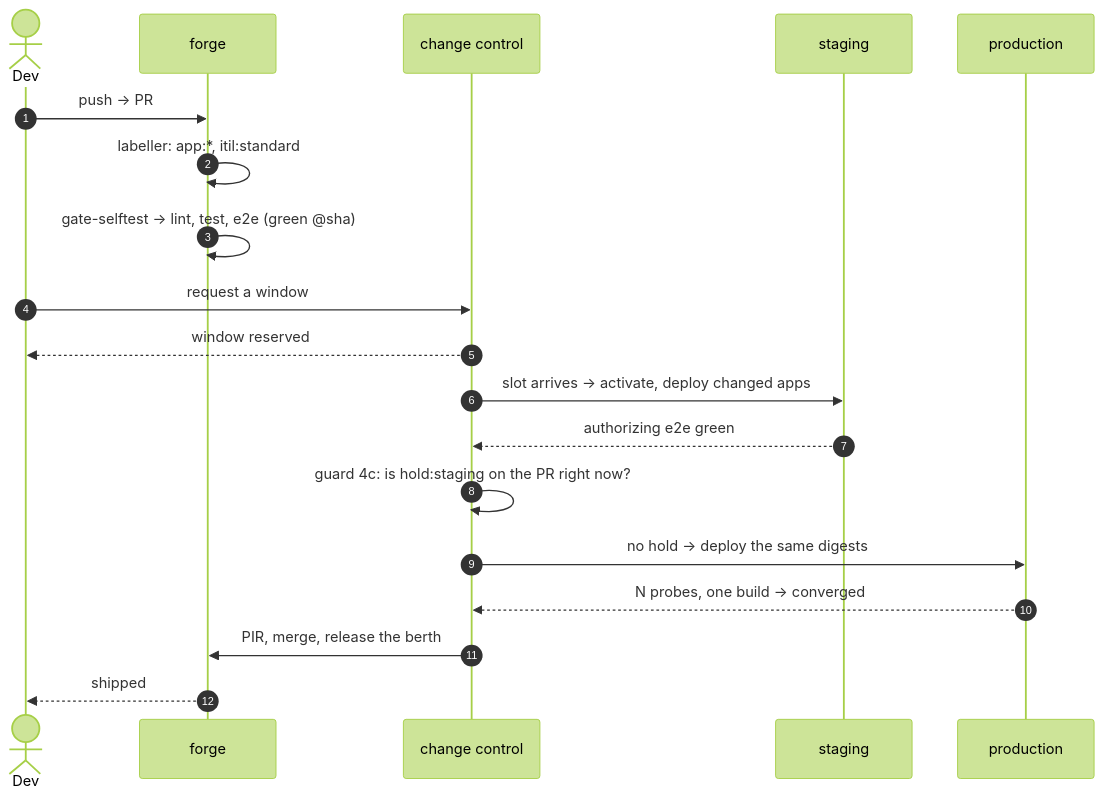
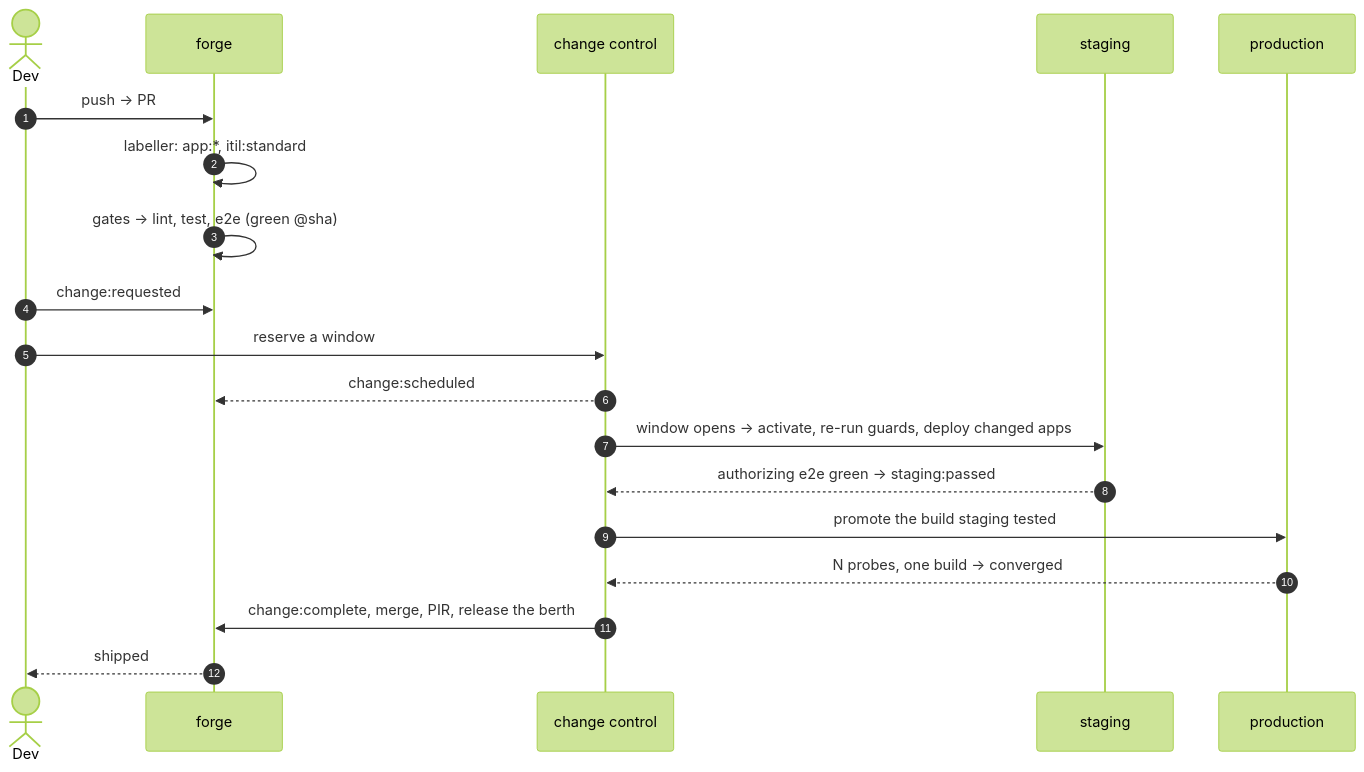
One commit to aygp-dr/standard-change changed the second of 6 diagrams in README.org. Above: the diagram before and after it, drawn with Mermaid (forest theme). The commit also changed other lines of this file, not shown here.

```diff
--- a/README.org
+++ b/README.org
@@ -73,22 +67,22 @@
 #+begin_src mermaid :eval never-export
 sequenceDiagram
     autonumber
     actor Dev
     participant GH as forge
     participant IDP as change control
     participant Stg as staging
     participant Prod as production
 
     Dev->>GH: push -> PR
     GH->>GH: labeller: app:*, itil:standard
-    GH->>GH: gate-selftest -> lint, test, e2e (green @sha)
-    Dev->>IDP: request a window
-    IDP-->>Dev: window reserved
-    IDP->>Stg: slot arrives -> activate, deploy changed apps
-    Stg-->>IDP: authorizing e2e green
-    IDP->>IDP: guard 4c: is hold:staging on the PR right now?
-    IDP->>Prod: no hold -> deploy the same digests
+    GH->>GH: gates -> lint, test, e2e (green @sha)
+    Dev->>GH: change:requested
+    Dev->>IDP: reserve a window
+    IDP-->>GH: change:scheduled
+    IDP->>Stg: window opens -> activate, re-run guards, deploy changed apps
+    Stg-->>IDP: authorizing e2e green -> staging:passed
+    IDP->>Prod: promote the build staging tested
     Prod-->>IDP: N probes, one build -> converged
-    IDP->>GH: PIR, merge, release the berth
+    IDP->>GH: change:complete, merge, PIR, release the berth
     GH-->>Dev: shipped
 #+end_src
```
